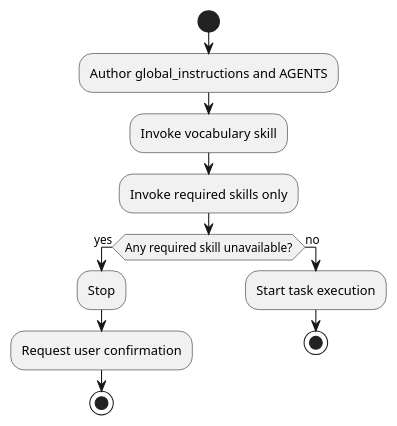
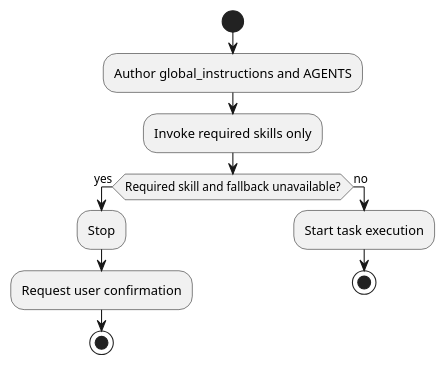
One commit to nowonbun/nowonbun-ai-skills changed the diagram in global_instructions.md. Above: the diagram before and after it, drawn with PlantUML. The commit also changed other lines of this file and 98 other files, not shown here.

````diff
--- a/global_instructions.md
+++ b/global_instructions.md
@@ -100,16 +100,15 @@
 ```plantuml
 @startuml
 start
 :Author global_instructions and AGENTS;
-:Invoke vocabulary skill;
 :Invoke required skills only;
-if (Any required skill unavailable?) then (yes)
+if (Required skill and fallback unavailable?) then (yes)
   :Stop;
   :Request user confirmation;
   stop
 else (no)
   :Start task execution;
   stop
 endif
 @enduml
 ```
````
